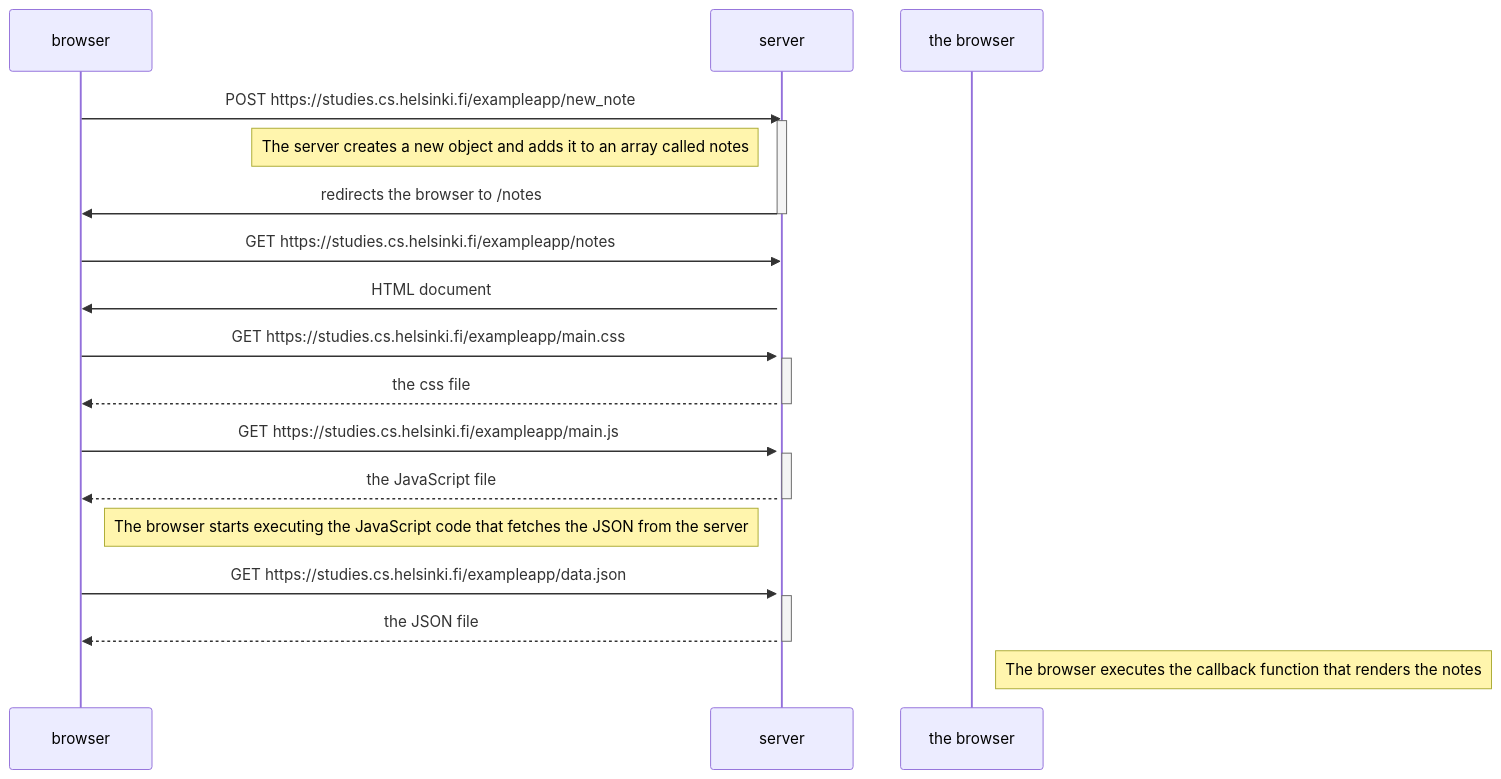
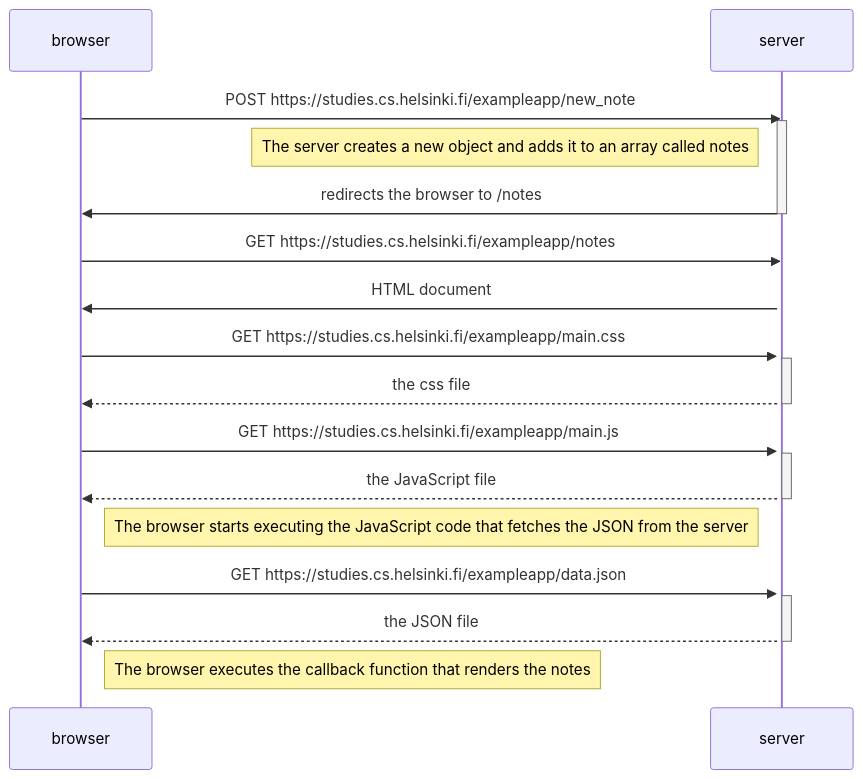
One commit to tanzhexuan/fullstackopen changed the diagram in part0/exercise0.6.MD. Above: the diagram before and after it, drawn with Mermaid.

Commit message:
correction of "the browser" to "browser"

````diff
--- a/part0/exercise0.6.MD
+++ b/part0/exercise0.6.MD
@@ -1,36 +1,36 @@
 ```mermaid
 
 sequenceDiagram
     participant browser
     participant server
 
     browser->>server: POST https://studies.cs.helsinki.fi/exampleapp/new_note
     activate server
     Note left of server: The server creates a new object and adds it to an array called notes
     server->>browser: redirects the browser to /notes
     deactivate server
-    
+
     browser->>server: GET https://studies.cs.helsinki.fi/exampleapp/notes
     activate server
     server->>browser: HTML document
     
     browser->>server: GET https://studies.cs.helsinki.fi/exampleapp/main.css
     activate server
     server-->>browser: the css file
     deactivate server
 
     browser->>server: GET https://studies.cs.helsinki.fi/exampleapp/main.js
     activate server
     server-->>browser: the JavaScript file
     deactivate server
 
     Note right of browser: The browser starts executing the JavaScript code that fetches the JSON from the server
 
     browser->>server: GET https://studies.cs.helsinki.fi/exampleapp/data.json
     activate server
     server-->>browser: the JSON file
     deactivate server
 
-    Note right of the browser: The browser executes the callback function that renders the notes
+    Note right of browser: The browser executes the callback function that renders the notes
 
 ```
````
